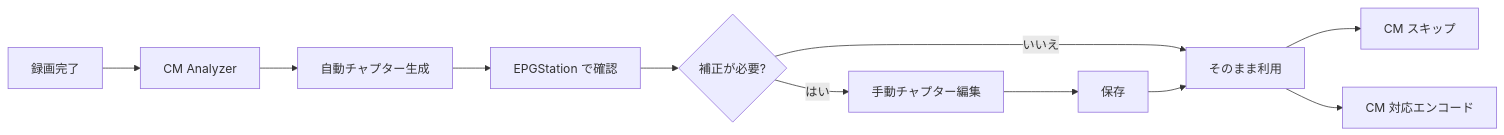
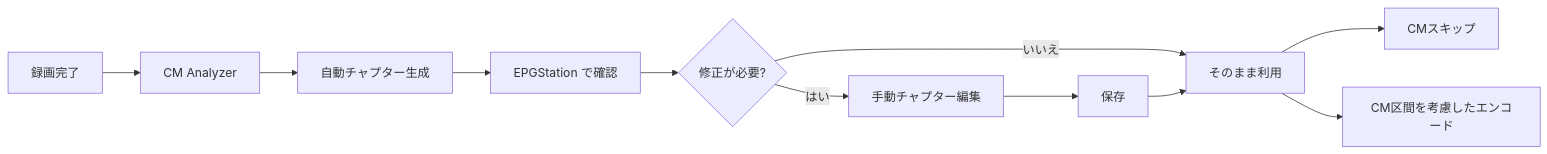
The fifth of 6 diagrams in README.md (rucola-salad/docker-mirakurun-epgstation), drawn with Mermaid before and after one commit. The commit also changed other lines of this file, not shown here.

````diff
--- a/README.md
+++ b/README.md
@@ -279,13 +291,13 @@
 ```mermaid
 flowchart LR
     REC[録画完了] --> ANA[CM Analyzer]
     ANA --> AUTO[自動チャプター生成]
     AUTO --> CHECK[EPGStation で確認]
-    CHECK --> NEED{補正が必要?}
+    CHECK --> NEED{修正が必要?}
     NEED -->|いいえ| USE[そのまま利用]
-    NEED -->|はい| MANUAL[手動チャプター編集]
-    MANUAL --> SAVE[保存]
+    NEED -->|はい| EDIT[手動チャプター編集]
+    EDIT --> SAVE[保存]
     SAVE --> USE
-    USE --> PLAY[CM スキップ]
-    USE --> ENC[CM 対応エンコード]
+    USE --> SKIP[CMスキップ]
+    USE --> CUT[CM区間を考慮したエンコード]
 ```
````
